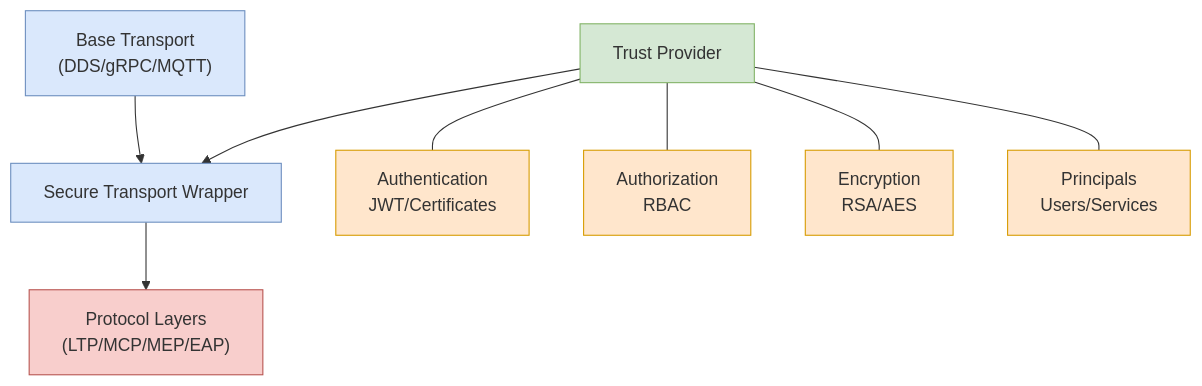
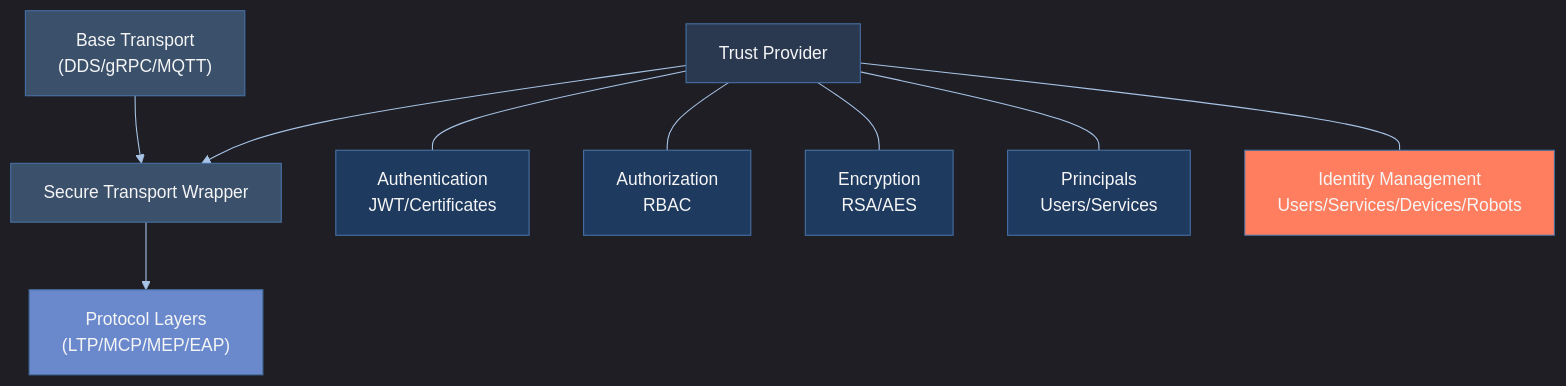
Before and after one commit to mbhatt1/ecps-sdk: diagram 11 of 14 in DesignDoc.md, drawn with Mermaid. The commit also changed other lines of this file and 1 other file, not shown here.

Commit message:
Adding trust layer + fix diagrams

````diff
--- a/DesignDoc.md
+++ b/DesignDoc.md
@@ -798,35 +798,40 @@
 ```mermaid
+%%{init: {'theme': 'dark', 'themeVariables': { 'primaryColor': '#2a3950', 'primaryTextColor': '#f5f5f5', 'primaryBorderColor': '#4671a5', 'lineColor': '#a7c3e6', 'secondaryColor': '#3a506b', 'tertiaryColor': '#1e3a5f'}}}%%
 flowchart TB
     %% Trust Layer Integration
     TrustProvider["Trust Provider"]
     SecureTransport["Secure Transport Wrapper"]
     BaseTransport["Base Transport<br>(DDS/gRPC/MQTT)"]
     Protocol["Protocol Layers<br>(LTP/MCP/MEP/EAP)"]
     
     %% Trust Components
     Authentication["Authentication<br>JWT/Certificates"]
     Authorization["Authorization<br>RBAC"]
     Encryption["Encryption<br>RSA/AES"]
     Principals["Principals<br>Users/Services"]
+    Identity["Identity Management<br>Users/Services/Devices/Robots"]
     
     %% Flow
     TrustProvider --- Authentication
     TrustProvider --- Authorization
     TrustProvider --- Encryption
     TrustProvider --- Principals
+    TrustProvider --- Identity
     
     TrustProvider --> SecureTransport
     BaseTransport --> SecureTransport
     SecureTransport --> Protocol
     
     %% Styling
-    classDef provider fill:#d5e8d4,stroke:#82b366
-    classDef transport fill:#dae8fc,stroke:#6c8ebf
-    classDef component fill:#ffe6cc,stroke:#d79b00
-    classDef protocol fill:#f8cecc,stroke:#b85450
+    classDef provider fill:#2a3950,stroke:#4671a5,color:#f5f5f5
+    classDef transport fill:#3a506b,stroke:#4671a5,color:#f5f5f5
+    classDef component fill:#1e3a5f,stroke:#4671a5,color:#f5f5f5
+    classDef protocol fill:#6a89cc,stroke:#4671a5,color:#f5f5f5
+    classDef identity fill:#ff7e5f,stroke:#4671a5,color:#f5f5f5
     
     class TrustProvider provider
     class SecureTransport,BaseTransport transport
     class Authentication,Authorization,Encryption,Principals component
     class Protocol protocol
+    class Identity identity
 ```
````
